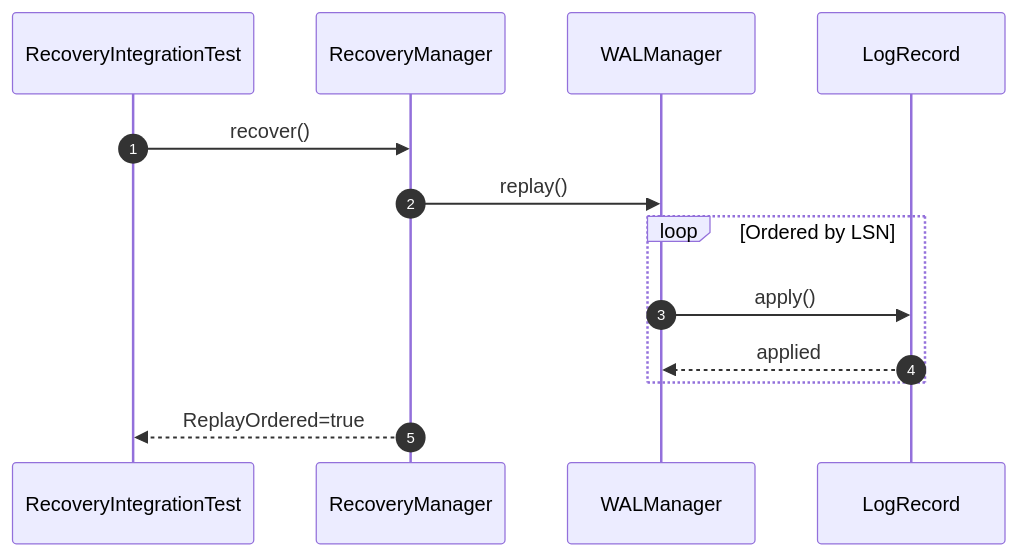
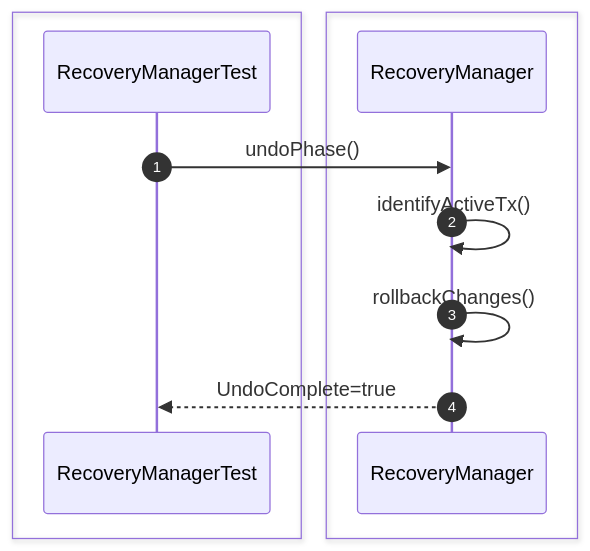
Diagram 17 of 28 in src/sequence/recovery.md (Huy1801214/dbms-architecture), drawn with Mermaid before and after one commit. The commit also changed other lines of this file and 10 other files, not shown here.

Commit message:
add comprehensive sequence diagrams and documentation for system architecture and unit testing specifications

````diff
--- a/src/sequence/recovery.md
+++ b/src/sequence/recovery.md
@@ -235,19 +294,16 @@
 ```mermaid
 sequenceDiagram
     autonumber
-    participant Test as RecoveryIntegrationTest
+
+    box #e1f5fe Test Suite
+    participant Test as RecoveryManagerTest
+    end
+    box #ffebee Recovery Components
     participant Recovery as RecoveryManager
-    participant WAL as WALManager
-    participant Log as LogRecord
-
-    Test->>Recovery: recover()
-
-    Recovery->>WAL: replay()
-
-    loop Ordered by LSN
-        WAL->>Log: apply()
-        Log-->>WAL: applied
     end
 
-    Recovery-->>Test: ReplayOrdered=true
+    Test->>Recovery: undoPhase()
+    Recovery->>Recovery: identifyActiveTx()
+    Recovery->>Recovery: rollbackChanges()
+    Recovery-->>Test: UndoComplete=true
 ```
````
